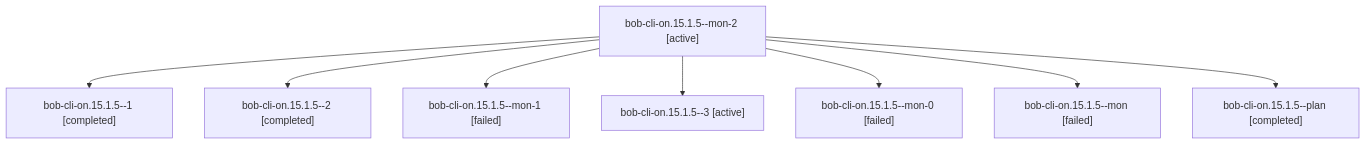
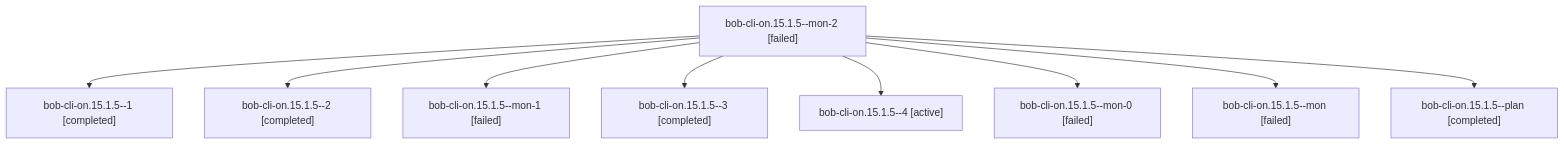
The diagram in sessions/bbugyi200.athena.bob-cli-on.15.1.5.md (bobs-org/bob-cli--agents), drawn with Mermaid before and after one commit. The commit also changed other lines of this file and 187 other files, not shown here.

````diff
--- a/sessions/bbugyi200.athena.bob-cli-on.15.1.5.md
+++ b/sessions/bbugyi200.athena.bob-cli-on.15.1.5.md
@@ -9,18 +9,20 @@
 ```mermaid
 flowchart TD
-  n0["bob-cli-on.15.1.5--mon-2 [active]"]
+  n0["bob-cli-on.15.1.5--mon-2 [failed]"]
   n1["bob-cli-on.15.1.5--1 [completed]"]
   n0 --> n1
   n2["bob-cli-on.15.1.5--2 [completed]"]
   n0 --> n2
   n3["bob-cli-on.15.1.5--mon-1 [failed]"]
   n0 --> n3
-  n4["bob-cli-on.15.1.5--3 [active]"]
+  n4["bob-cli-on.15.1.5--3 [completed]"]
   n0 --> n4
-  n5["bob-cli-on.15.1.5--mon-0 [failed]"]
+  n5["bob-cli-on.15.1.5--4 [active]"]
   n0 --> n5
-  n6["bob-cli-on.15.1.5--mon [failed]"]
+  n6["bob-cli-on.15.1.5--mon-0 [failed]"]
   n0 --> n6
-  n7["bob-cli-on.15.1.5--plan [completed]"]
+  n7["bob-cli-on.15.1.5--mon [failed]"]
   n0 --> n7
+  n8["bob-cli-on.15.1.5--plan [completed]"]
+  n0 --> n8
 ```
````
